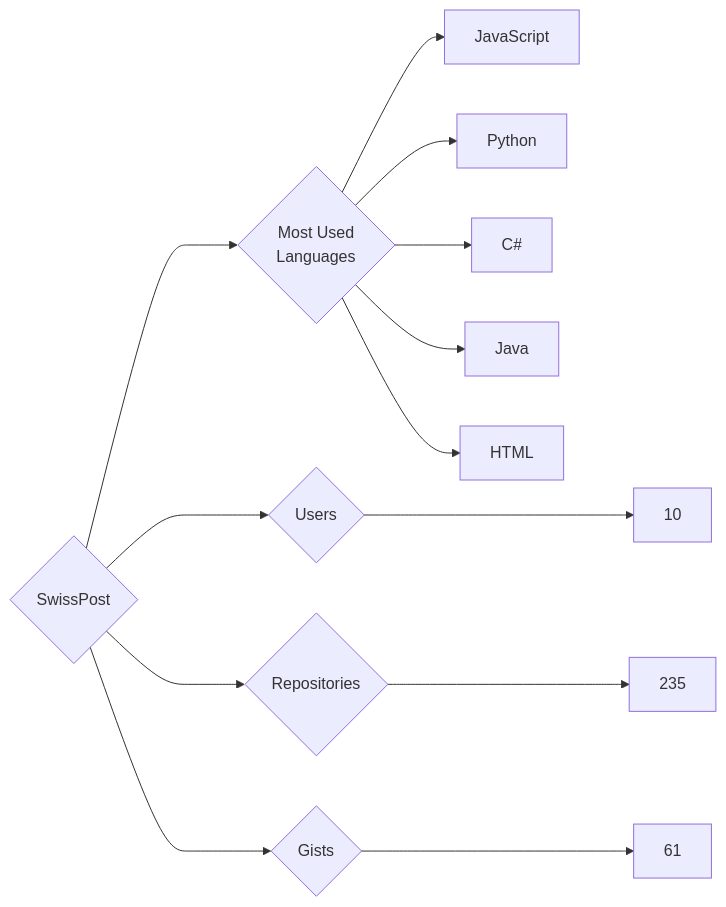
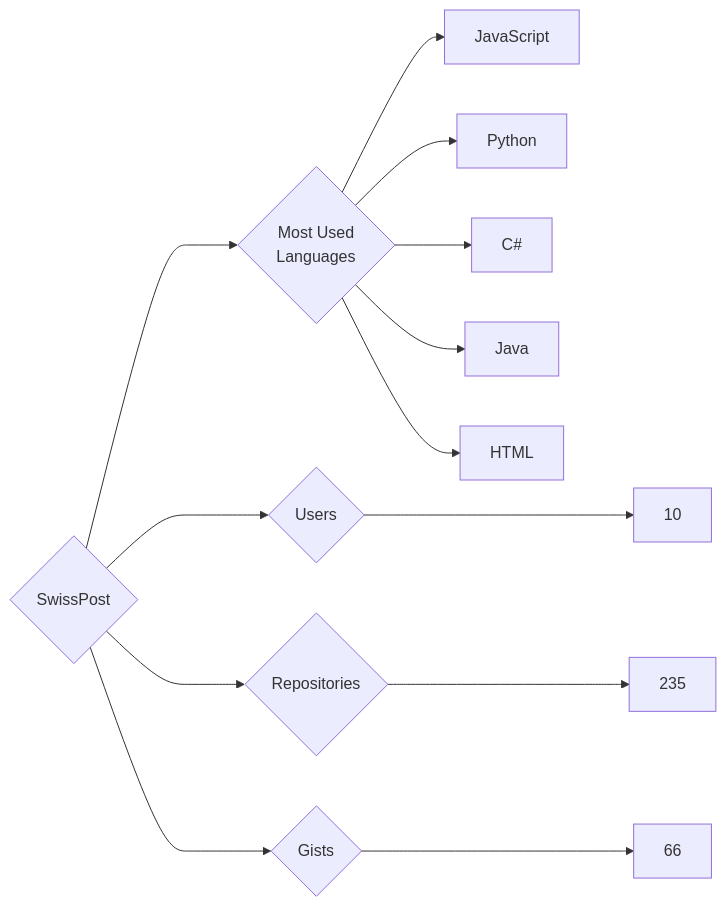
The diagram in targets/SwissPost/README.md (trickest/insiders), drawn with Mermaid before and after one commit. The commit also changed 898 other files, not shown here.

````diff
--- a/targets/SwissPost/README.md
+++ b/targets/SwissPost/README.md
@@ -3,13 +3,13 @@
 ```mermaid
 graph LR
 COMPANY_NAME{SwissPost}
 COMPANY_NAME ---> U{Users} ---> UN[10]
 COMPANY_NAME ---> R{Repositories} ---> RN[235]
-COMPANY_NAME ---> G{Gists} ---> GN[61]
+COMPANY_NAME ---> G{Gists} ---> GN[66]
 COMPANY_NAME ---> ML{Most Used<br>Languages}
 ML --> JavaScript[JavaScript]
 ML --> Python[Python]
 ML --> C#[C#]
 ML --> Java[Java]
 ML --> HTML[HTML]
 ```
````
